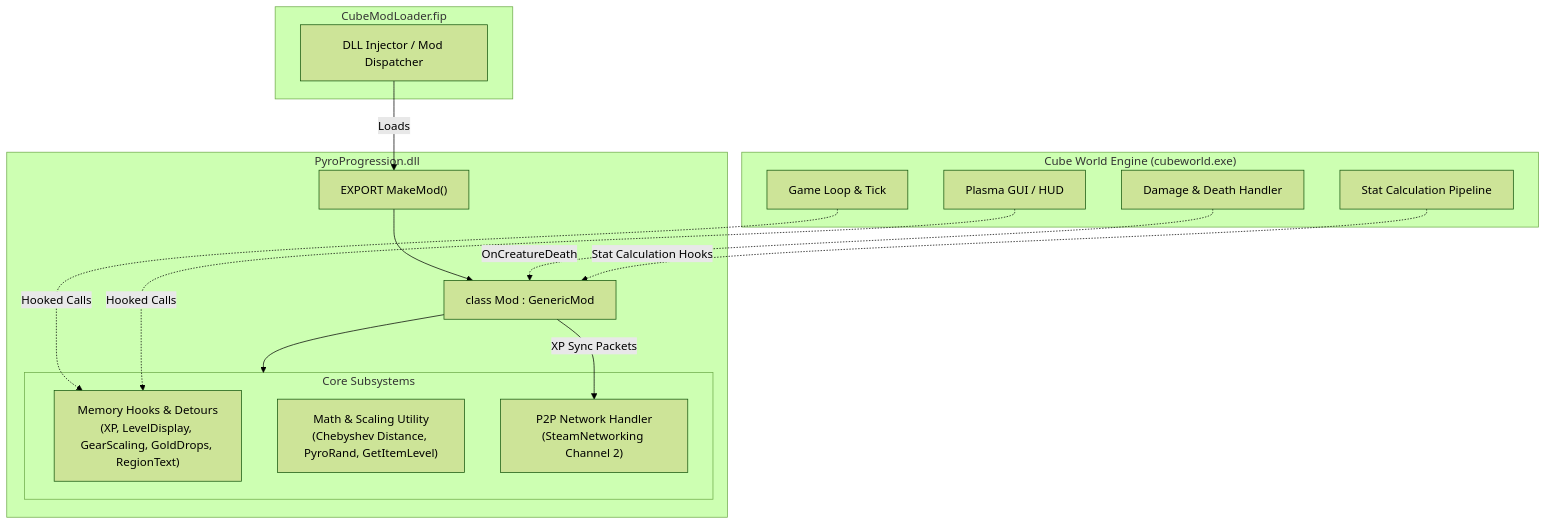
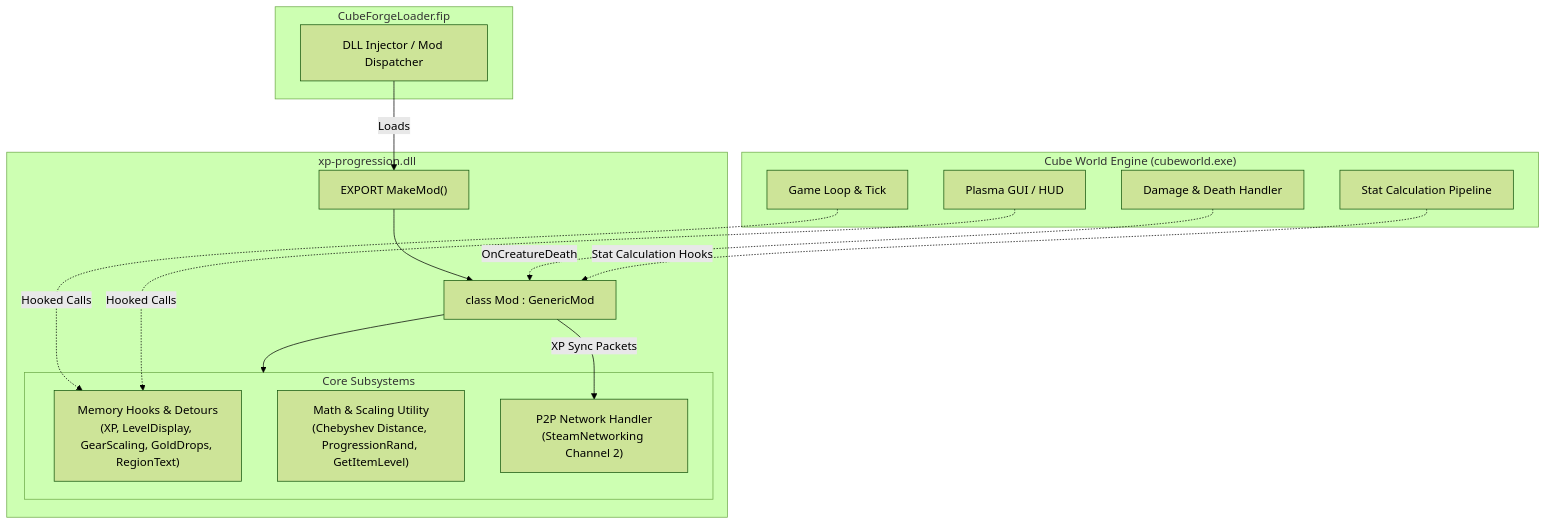
Before and after one commit to Gildofj/cubeforge.xp-progression: the first of 2 diagrams in docs/ARCHITECTURE.md, drawn with Mermaid (forest theme). The commit also changed other lines of this file and 40 other files, not shown here.

First line of the commit message:
Rebrand PyroProgression to xp-progression

````diff
--- a/docs/ARCHITECTURE.md
+++ b/docs/ARCHITECTURE.md
@@ -24,34 +24,34 @@
 ```mermaid
 graph TD
     subgraph Cube World Engine ["Cube World Engine (cubeworld.exe)"]
         EngineMain["Game Loop & Tick"]
         EngineGUI["Plasma GUI / HUD"]
         EngineCombat["Damage & Death Handler"]
         EngineStat["Stat Calculation Pipeline"]
     end
 
-    subgraph ModLoader ["CubeModLoader.fip"]
+    subgraph ModLoader ["CubeForgeLoader.fip"]
         Loader["DLL Injector / Mod Dispatcher"]
     end
 
-    subgraph PyroProgression ["PyroProgression.dll"]
+    subgraph XPProgression ["xp-progression.dll"]
         MakeMod["EXPORT MakeMod()"]
         ModClass["class Mod : GenericMod"]
         
         subgraph Subsystems ["Core Subsystems"]
             Hooks["Memory Hooks & Detours\n(XP, LevelDisplay, GearScaling, GoldDrops, RegionText)"]
-            Utility["Math & Scaling Utility\n(Chebyshev Distance, PyroRand, GetItemLevel)"]
+            Utility["Math & Scaling Utility\n(Chebyshev Distance, ProgressionRand, GetItemLevel)"]
             NetSync["P2P Network Handler\n(SteamNetworking Channel 2)"]
         end
     end
 
     Loader -->|Loads| MakeMod
     MakeMod --> ModClass
     ModClass --> Subsystems
 
     EngineMain -.->|Hooked Calls| Hooks
     EngineGUI -.->|Hooked Calls| Hooks
     EngineCombat -.->|OnCreatureDeath| ModClass
     EngineStat -.->|Stat Calculation Hooks| ModClass
     ModClass -->|XP Sync Packets| NetSync
 ```
````
